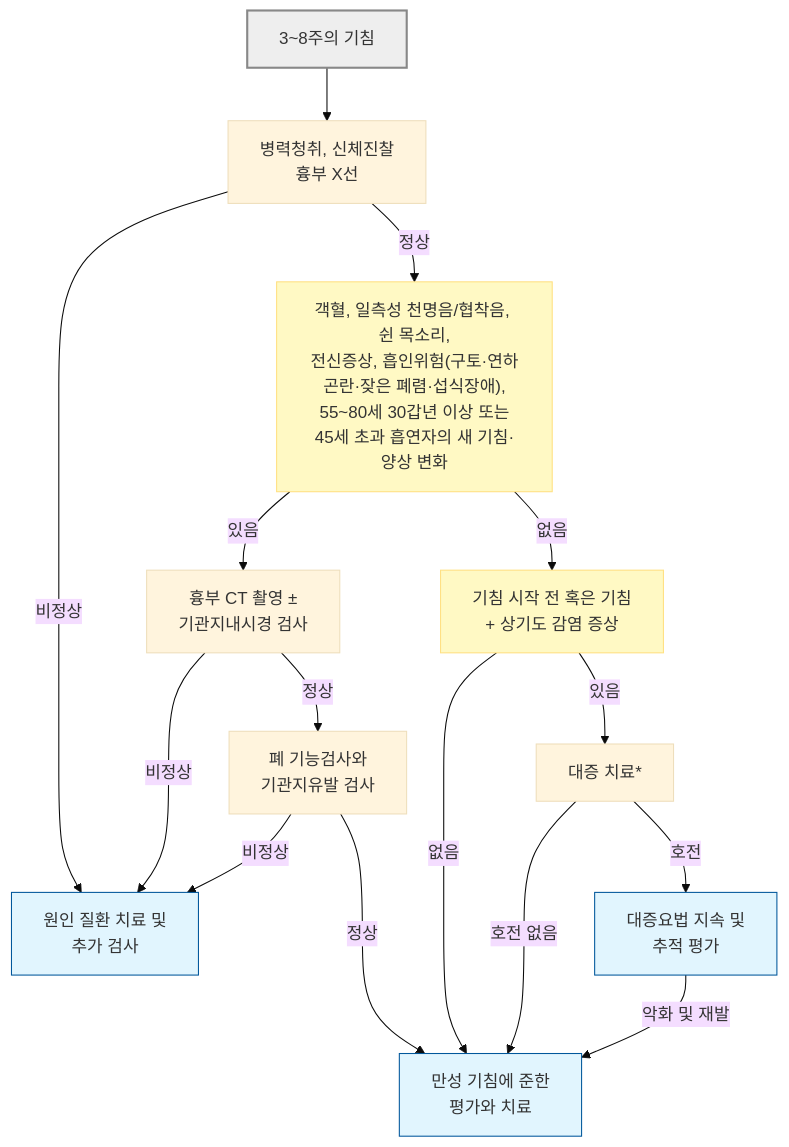
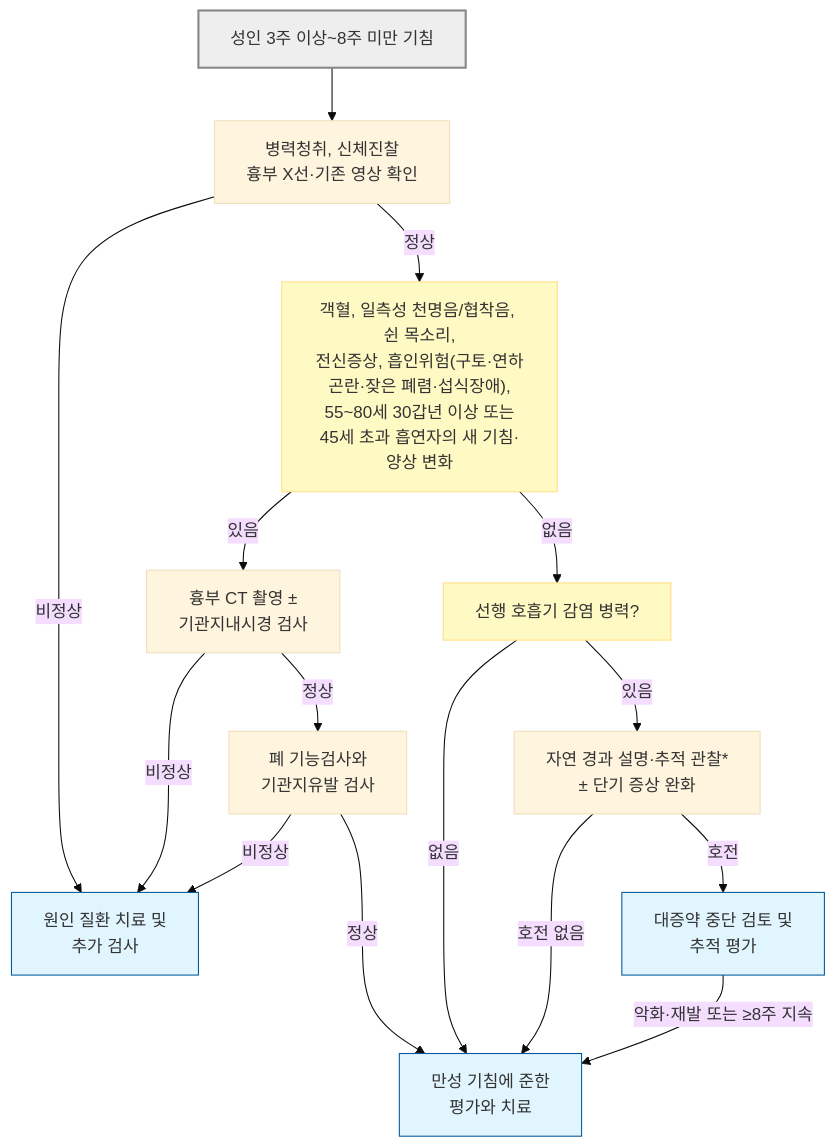
Before and after one commit to familyoh77/familyoh77: the second of 3 diagrams in 220_/006_-cough.md, drawn with Mermaid (base theme). The commit also changed other lines of this file and 2 other files, not shown here.

````diff
--- a/220_/006_-cough.md
+++ b/220_/006_-cough.md
@@ -242,29 +244,29 @@
 ```mermaid
 graph TD
-    Start["3~8주의 기침"] --> Xray["병력청취, 신체진찰<br/>흉부 X선"]
+    Start["성인 3주 이상~8주 미만 기침"] --> Xray["병력청취, 신체진찰<br/>흉부 X선·기존 영상 확인"]
     
     Xray -- "비정상" --> TreatCause["원인 질환 치료 및 <br/>추가 검사"]
     
     Xray -- "정상" --> RedFlags["객혈, 일측성 천명음/협착음, 쉰 목소리,<br/>전신증상, 흡인위험(구토·연하곤란·잦은 폐렴·섭식장애),<br/>55~80세 30갑년 이상 또는<br/>45세 초과 흡연자의 새 기침·양상 변화"]
     RedFlags -- "있음" --> CT["흉부 CT 촬영 ±<br/>기관지내시경 검사"]
-    RedFlags -- "없음" --> PostInfectious["기침 시작 전 혹은 기침 <br/>+ 상기도 감염 증상"]
+    RedFlags -- "없음" --> PostInfectious["선행 호흡기 감염 병력?"]
     CT -- "비정상" --> TreatCause
     CT -- "정상" --> PFT["폐 기능검사와<br/>기관지유발 검사"]
     PFT -- "비정상" --> TreatCause
     PFT -- "정상" --> Chronic["만성 기침에 준한 <br/>평가와 치료"]
-    PostInfectious -- "있음" --> Symptomatic["대증 치료*"]
+    PostInfectious -- "있음" --> Symptomatic["자연 경과 설명·추적 관찰*<br/>± 단기 증상 완화"]
     PostInfectious -- "없음" --> Chronic
     
-    Symptomatic -- "호전" --> FollowUp["대증요법 지속 및 <br/>추적 평가"]
+    Symptomatic -- "호전" --> FollowUp["대증약 중단 검토 및<br/>추적 평가"]
     Symptomatic -- "호전 없음" --> Chronic
     
-    FollowUp -- "악화 및 재발" --> Chronic
+    FollowUp -- "악화·재발 또는 ≥8주 지속" --> Chronic
     %% 스타일 설정
     style Start fill:#eeeeee,stroke:#888888,stroke-width:2px
     style RedFlags fill:#fff9c4,stroke:#ffe082
     style PostInfectious fill:#fff9c4,stroke:#ffe082
     style FollowUp fill:#e1f5fe,stroke:#01579b
     style TreatCause fill:#e1f5fe,stroke:#01579b
     style Chronic fill:#e1f5fe,stroke:#01579b
 
 ```
````
